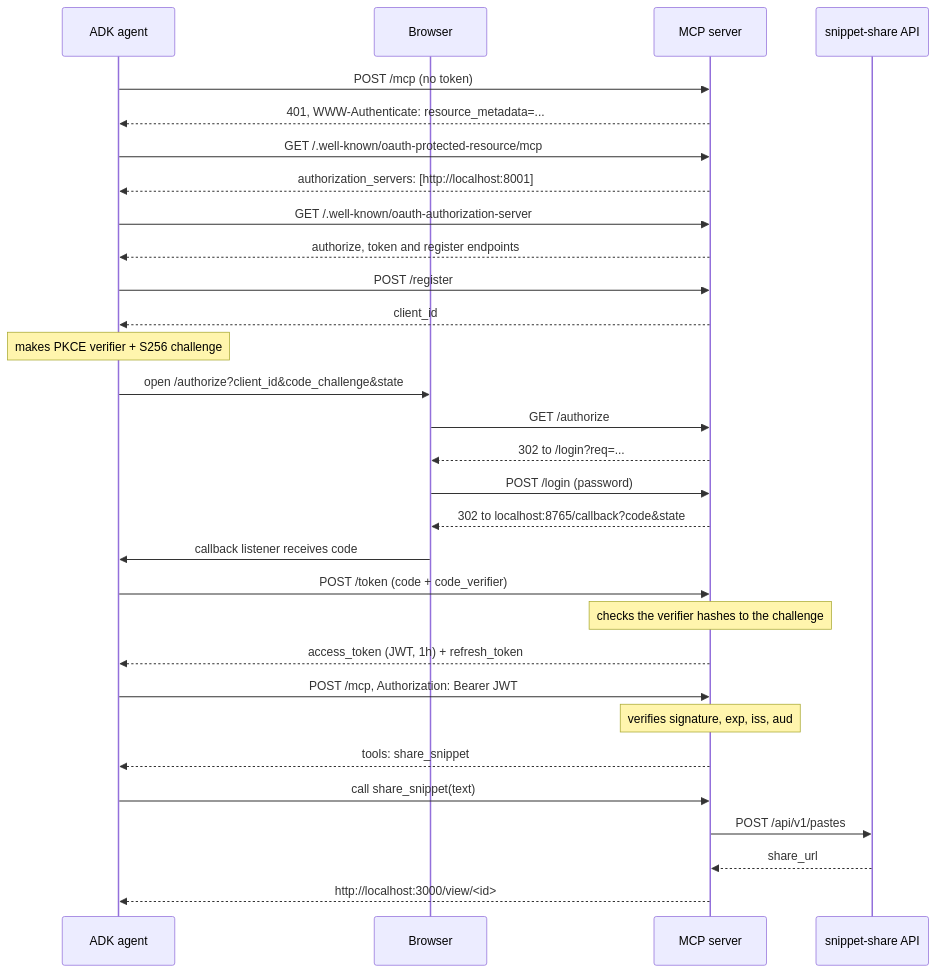
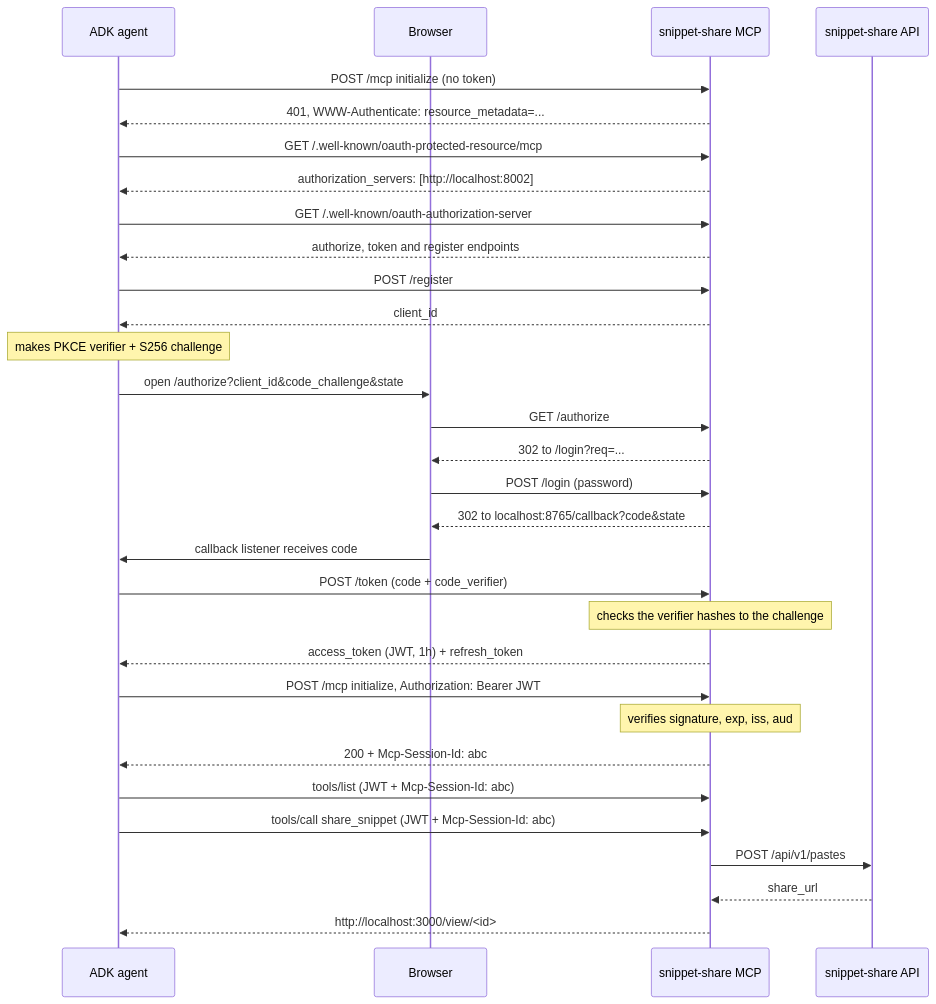
Before and after one commit to devinthoughtminds/snippet-share: the second of 3 diagrams in test-agent/TESTING.md, drawn with Mermaid. The commit also changed other lines of this file and 15 other files, not shown here.

Commit message:
feat: add mcp-secret-scanner service for detecting and redacting secrets in text

````diff
--- a/test-agent/TESTING.md
+++ b/test-agent/TESTING.md
@@ -36,33 +47,34 @@
 ```mermaid
 sequenceDiagram
     participant A as ADK agent
     participant B as Browser
-    participant M as MCP server
+    participant M as snippet-share MCP
     participant S as snippet-share API
 
-    A->>M: POST /mcp (no token)
+    A->>M: POST /mcp initialize (no token)
     M-->>A: 401, WWW-Authenticate: resource_metadata=...
     A->>M: GET /.well-known/oauth-protected-resource/mcp
-    M-->>A: authorization_servers: [http://localhost:8001]
+    M-->>A: authorization_servers: [http://localhost:8002]
     A->>M: GET /.well-known/oauth-authorization-server
     M-->>A: authorize, token and register endpoints
     A->>M: POST /register
     M-->>A: client_id
     Note over A: makes PKCE verifier + S256 challenge
     A->>B: open /authorize?client_id&code_challenge&state
     B->>M: GET /authorize
     M-->>B: 302 to /login?req=...
     B->>M: POST /login (password)
     M-->>B: 302 to localhost:8765/callback?code&state
     B->>A: callback listener receives code
     A->>M: POST /token (code + code_verifier)
     Note over M: checks the verifier hashes to the challenge
     M-->>A: access_token (JWT, 1h) + refresh_token
-    A->>M: POST /mcp, Authorization: Bearer JWT
+    A->>M: POST /mcp initialize, Authorization: Bearer JWT
     Note over M: verifies signature, exp, iss, aud
-    M-->>A: tools: share_snippet
-    A->>M: call share_snippet(text)
+    M-->>A: 200 + Mcp-Session-Id: abc
+    A->>M: tools/list (JWT + Mcp-Session-Id: abc)
+    A->>M: tools/call share_snippet (JWT + Mcp-Session-Id: abc)
     M->>S: POST /api/v1/pastes
     S-->>M: share_url
     M-->>A: http://localhost:3000/view/<id>
 ```
````
